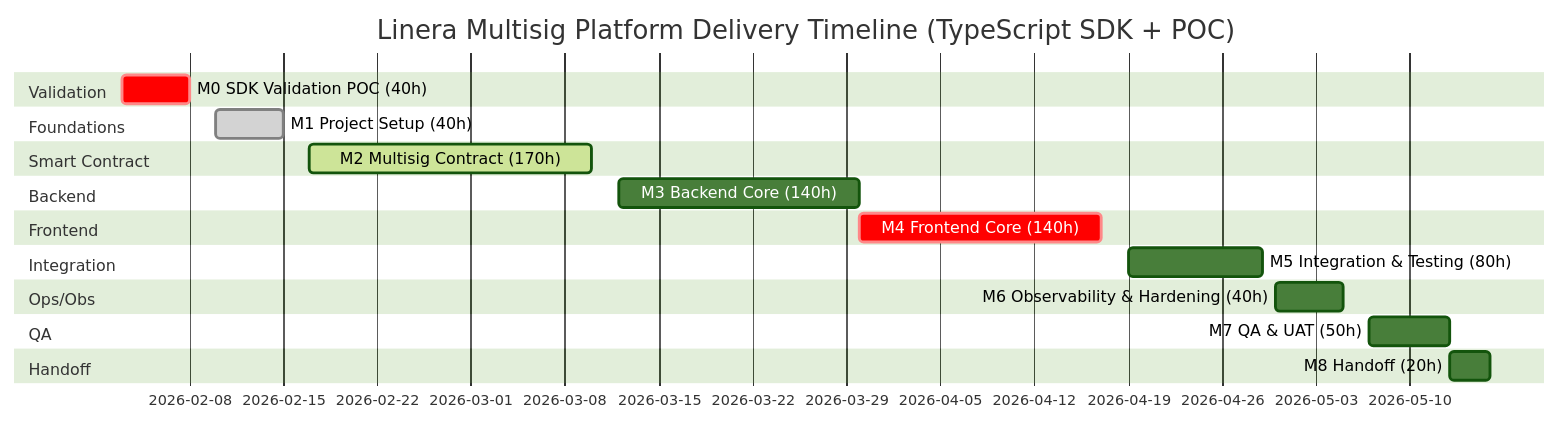
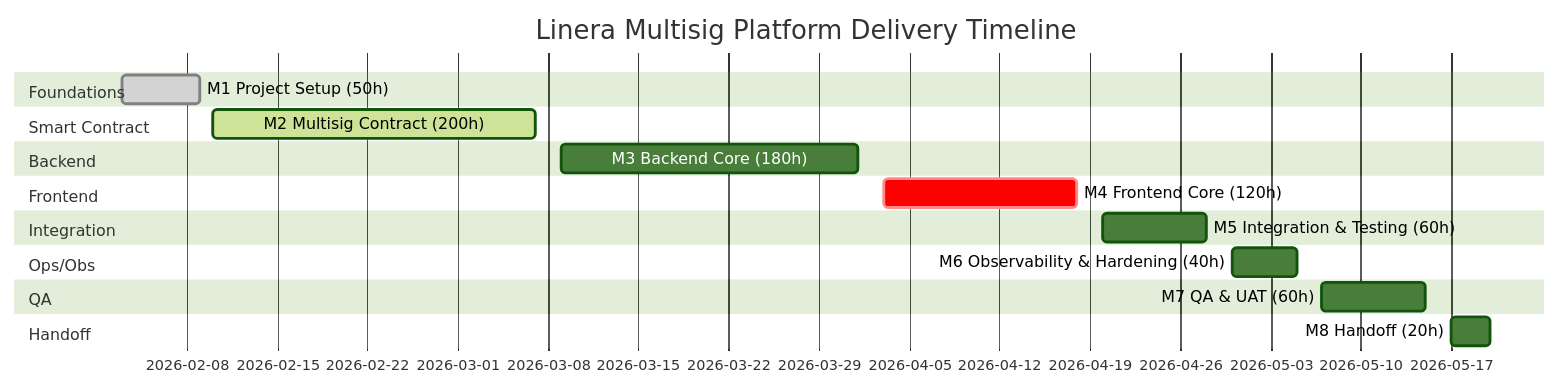
One commit to keyper-labs/linera.dev changed the third of 3 diagrams in docs/PROPOSAL/linera-multisig-platform-proposal.md. Above: the diagram before and after it, drawn with Mermaid (forest theme). The commit also changed other lines of this file and 35 other files, not shown here.

````diff
--- a/docs/PROPOSAL/linera-multisig-platform-proposal.md
+++ b/docs/PROPOSAL/linera-multisig-platform-proposal.md
@@ -460,32 +229,29 @@
 ```mermaid
 gantt
-    dateFormat YYYY-MM-DD
-    title Linera Multisig Platform Delivery Timeline (TypeScript SDK + POC)
-
-    section Validation
-    M0 SDK Validation POC (40h)       :crit,    m0, 2026-02-03, 5d
+    dateFormat  YYYY-MM-DD
+    title Linera Multisig Platform Delivery Timeline
 
     section Foundations
-    M1 Project Setup (40h)           :done,    m1, 2026-02-10, 5d
+    M1 Project Setup (50h)            :done,    m1, 2026-02-03, 6d
 
     section Smart Contract
-    M2 Multisig Contract (170h)      :active,  m2, 2026-02-17, 21d
+    M2 Multisig Contract (200h)       :active,  m2, 2026-02-10, 25d
 
     section Backend
-    M3 Backend Core (140h)           :         m3, 2026-03-12, 18d
+    M3 Backend Core (180h)            :         m3, 2026-03-09, 23d
 
     section Frontend
-    M4 Frontend Core (140h)          :crit,    m4, 2026-03-30, 18d
+    M4 Frontend Core (120h)           :crit,    m4, 2026-04-03, 15d
 
     section Integration
-    M5 Integration & Testing (80h)    :         m5, 2026-04-19, 10d
+    M5 Integration & Testing (60h)    :         m5, 2026-04-20, 8d
 
     section Ops/Obs
     M6 Observability & Hardening (40h) :        m6, 2026-04-30, 5d
 
     section QA
-    M7 QA & UAT (50h)                :         m7, 2026-05-07, 6d
+    M7 QA & UAT (60h)                 :         m7, 2026-05-07, 8d
 
     section Handoff
-    M8 Handoff (20h)                 :         m8, 2026-05-13, 3d
+    M8 Handoff (20h)                  :         m8, 2026-05-17, 3d
 ```
````
